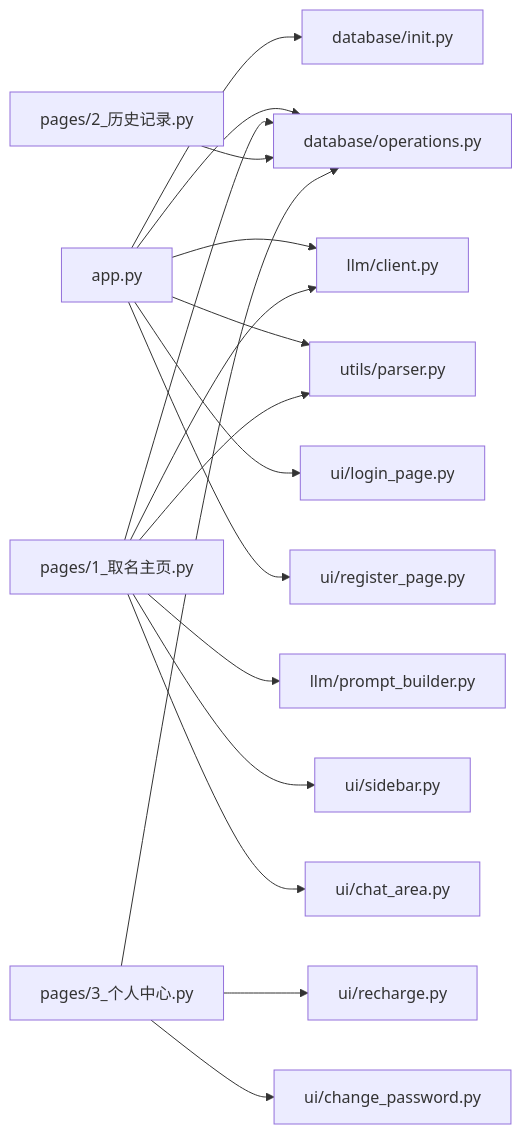
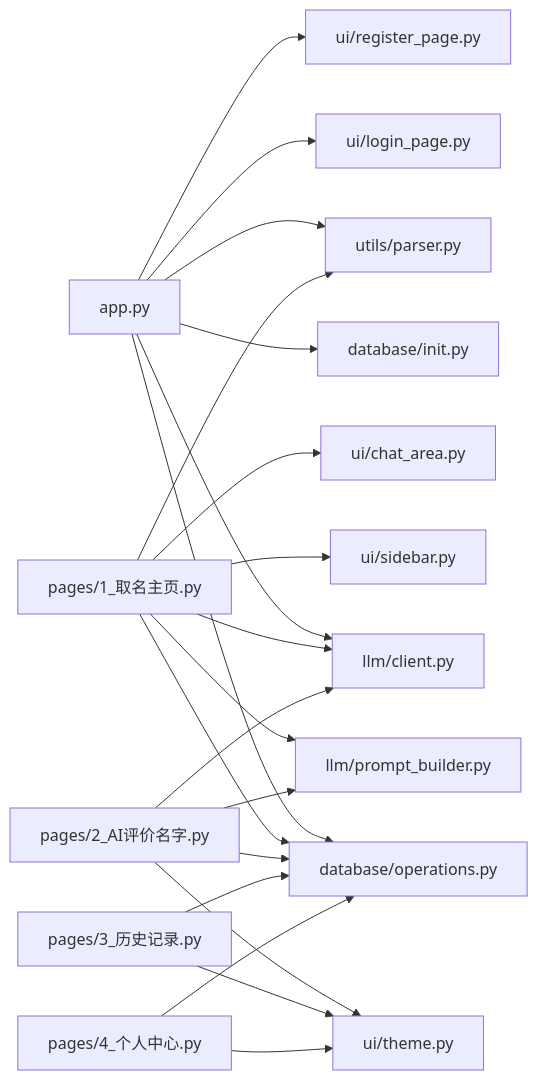
Before and after one commit to thekeyispassion/goodname-github: the eighth of 8 diagrams in 项目流程图.md, drawn with Mermaid. The commit also changed other lines of this file and 16 other files, not shown here.

````diff
--- a/项目流程图.md
+++ b/项目流程图.md
@@ -297,22 +366,27 @@
 ```mermaid
 graph LR
     APP[app.py] --> DB_init[database/init.py]
     APP --> DB_ops[database/operations.py]
     APP --> LLM_client[llm/client.py]
     APP --> Parser[utils/parser.py]
     APP --> Login[ui/login_page.py]
     APP --> Register[ui/register_page.py]
 
     P1[pages/1_取名主页.py] --> DB_ops
     P1 --> Prompt[llm/prompt_builder.py]
     P1 --> LLM_client
     P1 --> Parser
     P1 --> Sidebar[ui/sidebar.py]
     P1 --> Chat[ui/chat_area.py]
 
-    P2[pages/2_历史记录.py] --> DB_ops
+    P2[pages/2_AI评价名字.py] --> DB_ops
+    P2 --> Prompt
+    P2 --> LLM_client
+    P2 --> Theme[ui/theme.py]
 
-    P3[pages/3_个人中心.py] --> DB_ops
-    P3 --> Recharge[ui/recharge.py]
-    P3 --> Pwd[ui/change_password.py]
+    P3[pages/3_历史记录.py] --> DB_ops
+    P3 --> Theme
+
+    P4[pages/4_个人中心.py] --> DB_ops
+    P4 --> Theme
 ```
````
